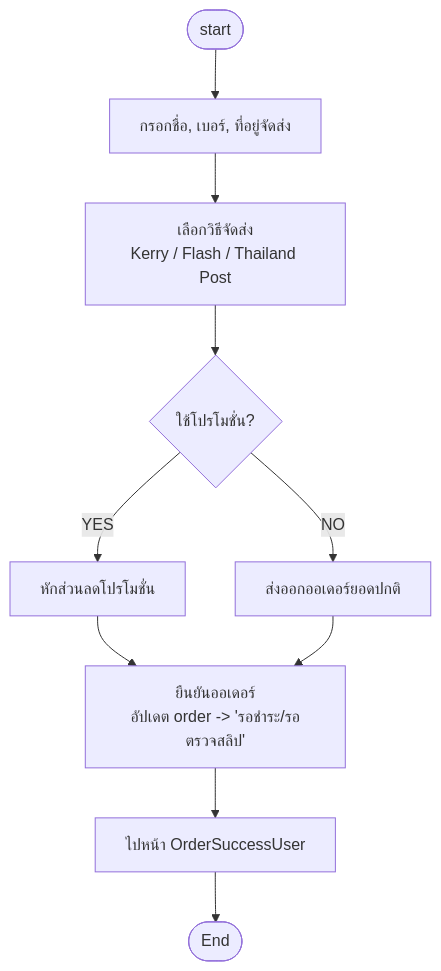
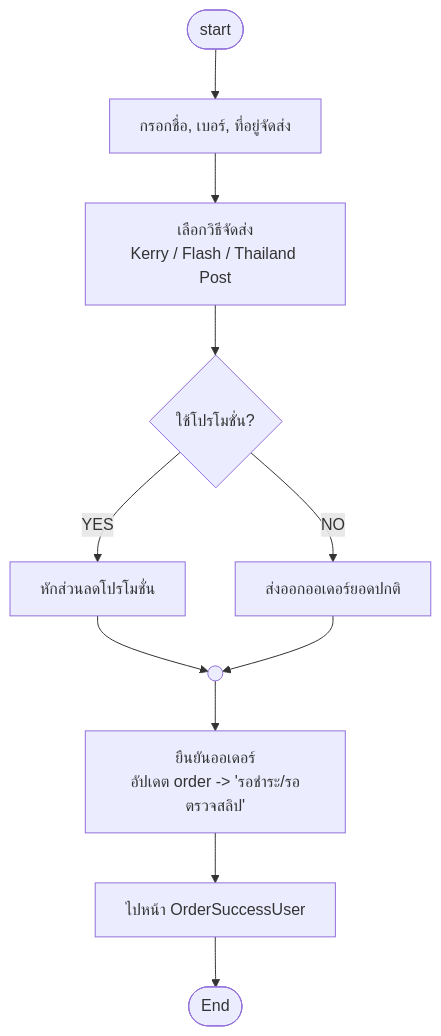
One commit to doraemon-kub/CSI402_Project-final changed the eighth of 18 diagrams in README.md. Above: the diagram before and after it, drawn with Mermaid. The commit also changed other lines of this file, not shown here.

Commit message:
docs: add ANSI standard on-page connector symbols (( )) to loop-back and junction flowcharts

````diff
--- a/README.md
+++ b/README.md
@@ -233,12 +244,13 @@
 ```mermaid
 flowchart TD
     Start([start]) --> InputAddress[กรอกชื่อ, เบอร์, ที่อยู่จัดส่ง]
     InputAddress --> SelectCourier[เลือกวิธีจัดส่ง\nKerry / Flash / Thailand Post]
     SelectCourier --> HasPromo{ใช้โปรโมชั่น?}
     HasPromo -- YES --> ApplyDiscount[หักส่วนลดโปรโมชั่น]
     HasPromo -- NO --> CalcStandard[ส่งออกออเดอร์ยอดปกติ]
-    ApplyDiscount --> ConfirmCheckout[ยืนยันออเดอร์\nอัปเดต order -> 'รอชำระ/รอตรวจสลิป']
-    CalcStandard --> ConfirmCheckout
+    ApplyDiscount --> ConnCheckout(( ))
+    CalcStandard --> ConnCheckout
+    ConnCheckout --> ConfirmCheckout[ยืนยันออเดอร์\nอัปเดต order -> 'รอชำระ/รอตรวจสลิป']
     ConfirmCheckout --> OrderSuccess[ไปหน้า OrderSuccessUser]
     OrderSuccess --> End([End])
 ```
````
